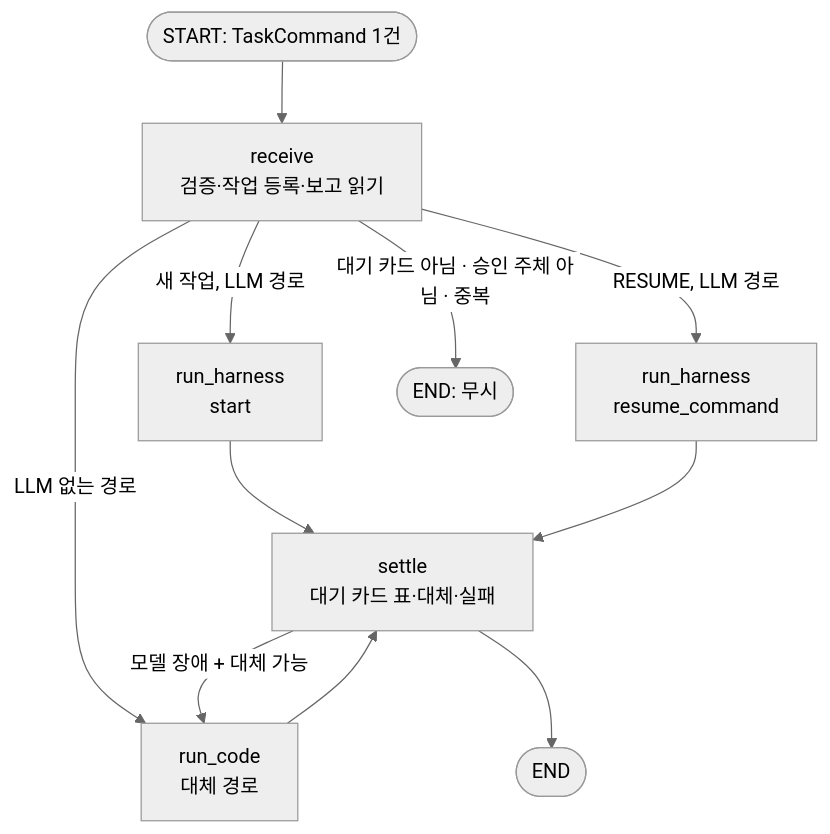
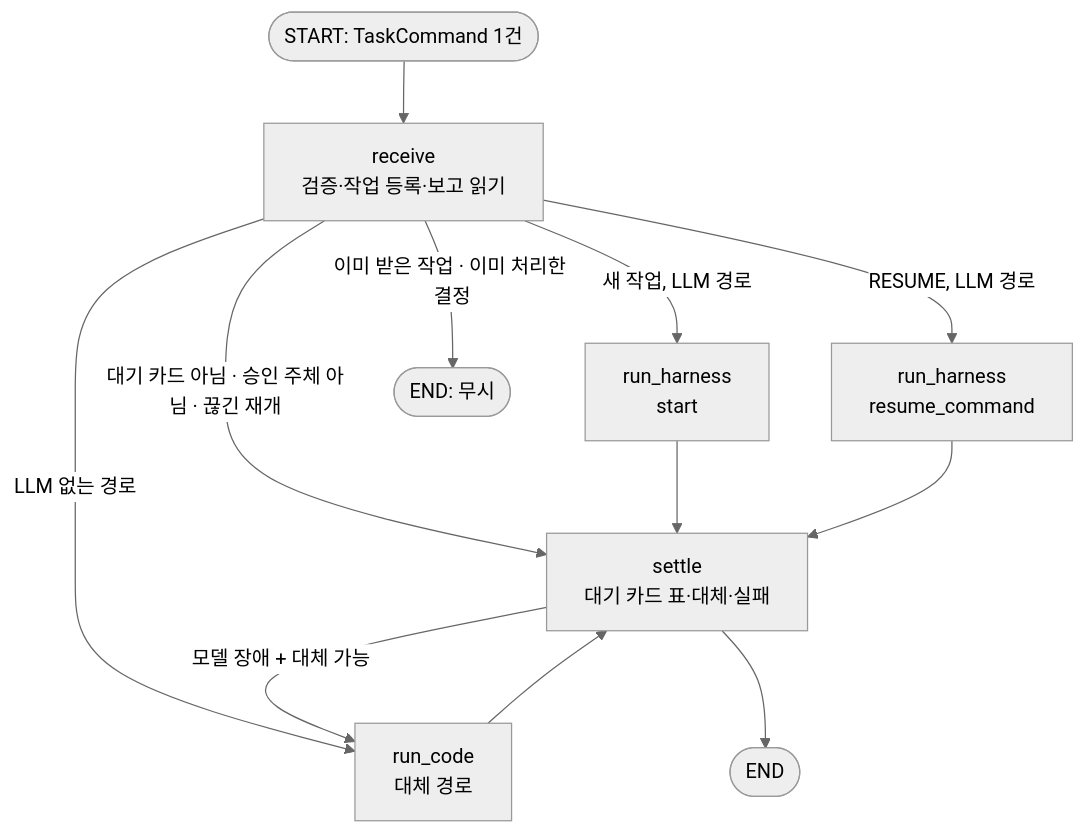
The diagram in docs/AGENT-GRAPH.md (HuitaePark/seoul_bike), drawn with Mermaid (neutral theme) before and after one commit. The commit also changed other lines of this file and 42 other files, not shown here.

````diff
--- a/docs/AGENT-GRAPH.md
+++ b/docs/AGENT-GRAPH.md
@@ -73,12 +73,13 @@
 ```mermaid
 flowchart TD
   S([START: TaskCommand 1건]) --> R[receive<br/>검증·작업 등록·보고 읽기]
   R -->|새 작업, LLM 경로| H[run_harness<br/>start]
   R -->|RESUME, LLM 경로| HR[run_harness<br/>resume_command]
   R -->|LLM 없는 경로| C[run_code<br/>대체 경로]
-  R -->|대기 카드 아님 · 승인 주체 아님 · 중복| X([END: 무시])
+  R -->|대기 카드 아님 · 승인 주체 아님 · 끊긴 재개| T
+  R -->|이미 받은 작업 · 이미 처리한 결정| X([END: 무시])
   H & HR --> T[settle<br/>대기 카드 표·대체·실패]
   C --> T
   T -->|모델 장애 + 대체 가능| C
   T --> E([END])
 ```
````
